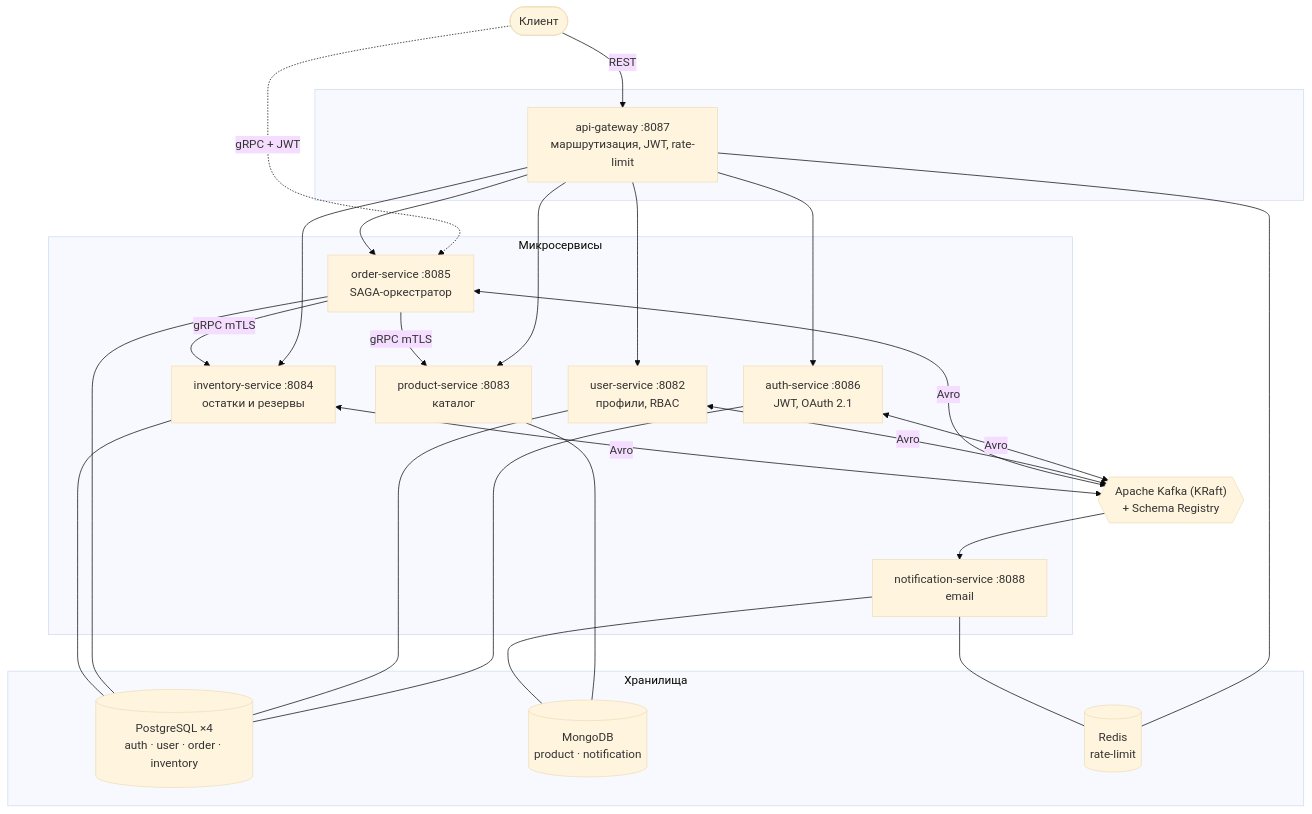
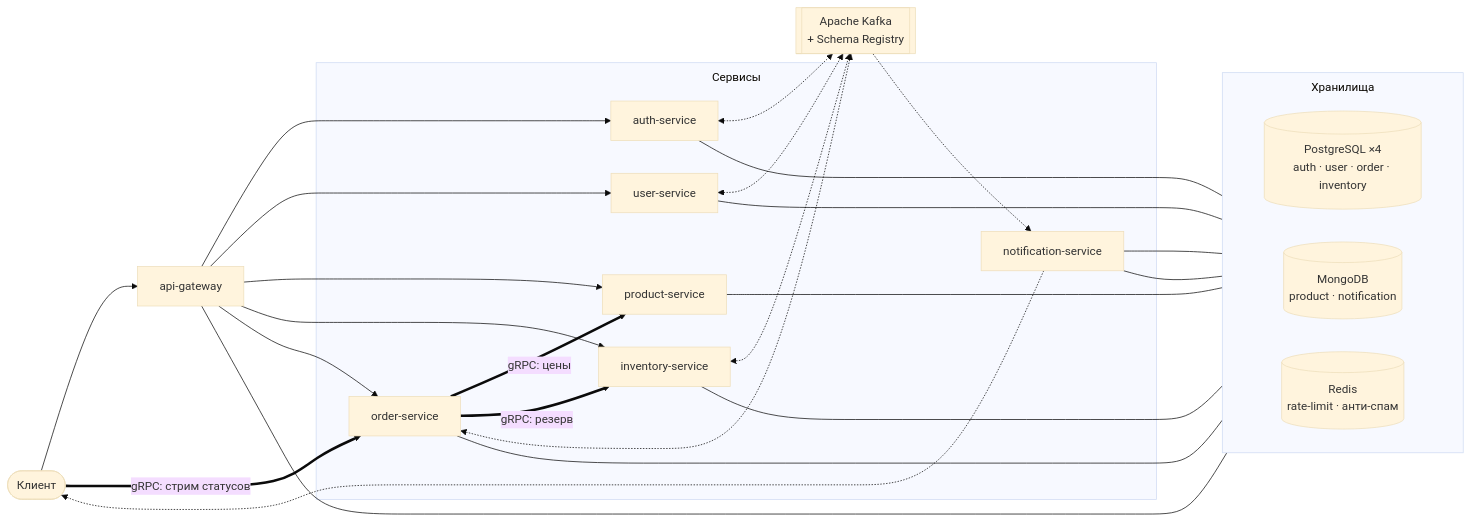
One commit to kelis2k/order-processing-platform changed the first of 2 diagrams in README.md. Above: the diagram before and after it, drawn with Mermaid (base theme). The commit also changed other lines of this file, not shown here.

Commit message:
docs: перерисована схема архитектуры

````diff
--- a/README.md
+++ b/README.md
@@ -15,39 +15,53 @@
 ```mermaid
-flowchart TB
+%%{init: {'flowchart': {'rankSpacing': 90, 'nodeSpacing': 45, 'diagramPadding': 20,
+'subGraphTitleMargin': {'top': 8, 'bottom': 12}}}}%%
+flowchart LR
     client([Клиент])
+    gw["api-gateway"]
 
-    subgraph edge[" "]
-        gw["api-gateway :8087<br/>маршрутизация, JWT, rate-limit"]
+    subgraph services["Сервисы"]
+        auth["auth-service"]
+        user["user-service"]
+        product["product-service"]
+        inventory["inventory-service"]
+        order["order-service"]
+        notification["notification-service"]
     end
 
-    subgraph services["Микросервисы"]
-        auth["auth-service :8086<br/>JWT, OAuth 2.1"]
-        user["user-service :8082<br/>профили, RBAC"]
-        product["product-service :8083<br/>каталог"]
-        inventory["inventory-service :8084<br/>остатки и резервы"]
-        order["order-service :8085<br/>SAGA-оркестратор"]
-        notification["notification-service :8088<br/>email"]
+    kafka[["Apache Kafka<br/>+ Schema Registry"]]
+
+    subgraph data["Хранилища"]
+        direction LR
+        pg[("PostgreSQL ×4<br/>auth · user · order · inventory")]
+        mongo[("MongoDB<br/>product · notification")]
+        redis[("Redis<br/>rate-limit · анти-спам")]
     end
 
-    kafka{{"Apache Kafka (KRaft)<br/>+ Schema Registry"}}
+    client --> gw
+    gw --> auth
+    gw --> user
+    gw --> product
+    gw --> inventory
+    gw --> order
 
-    subgraph storage["Хранилища"]
-        pg[("PostgreSQL ×4<br/>auth · user · order · inventory")]
-        mongo[("MongoDB<br/>product · notification")]
-        redis[("Redis<br/>rate-limit")]
-    end
+    client ==>|"gRPC: стрим статусов"| order
+    order ==>|"gRPC: цены"| product
+    order ==>|"gRPC: резерв"| inventory
 
-    client -->|REST| gw
-    client -.->|gRPC + JWT| order
-    gw --> auth & user & product & order & inventory
+    auth <-.-> kafka
+    user <-.-> kafka
+    order <-.-> kafka
+    inventory <-.-> kafka
+    kafka -.-> notification
 
-    order -->|gRPC mTLS| inventory
-    order -->|gRPC mTLS| product
+    notification -.-> client
 
-    auth & user & order & inventory <-->|Avro| kafka
-    kafka --> notification
-
-    auth & user & order & inventory --- pg
-    product & notification --- mongo
-    gw & notification --- redis
+    auth --- pg
+    user --- pg
+    order --- pg
+    inventory --- pg
+    product --- mongo
+    notification --- mongo
+    gw --- redis
+    notification --- redis
 ```
````
